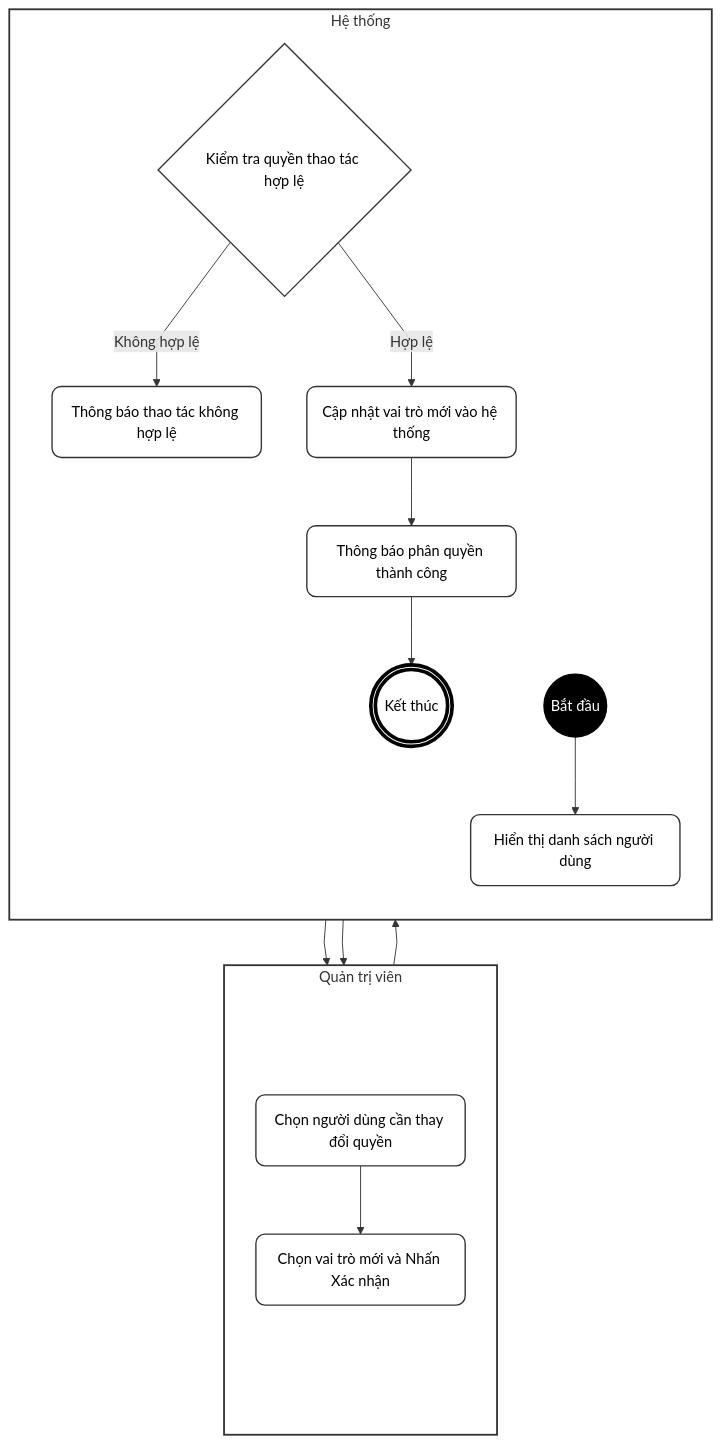
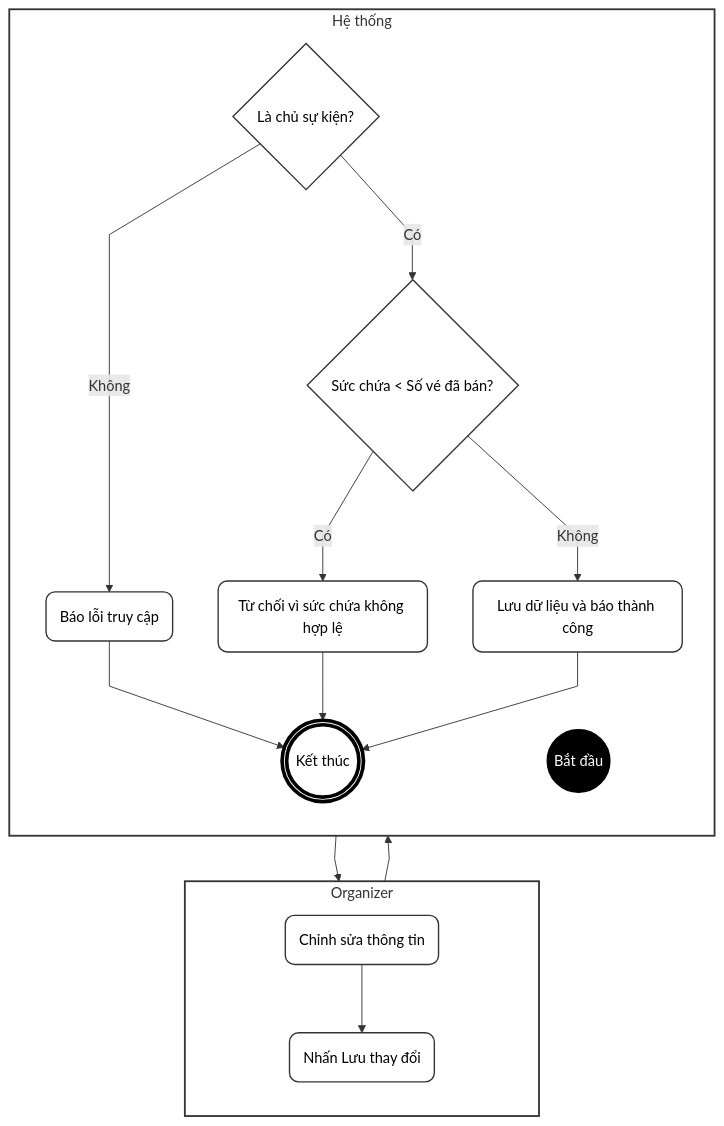
Before and after one commit to ChuDucAnh21/BE-quan-ly-su-kien: the second of 6 diagrams in doc/system_analysis/activity diagram/08b_activity_admin_event_staff.md, drawn with Mermaid. The commit also changed other lines of this file and 14 other files, not shown here.

````diff
--- a/doc/system_analysis/activity diagram/08b_activity_admin_event_staff.md
+++ b/doc/system_analysis/activity diagram/08b_activity_admin_event_staff.md
@@ -188,52 +54,45 @@
 ```mermaid
 %%{init: {"flowchart": {"curve": "linear"}}}%%
 flowchart TD
     classDef default fill:#fff,stroke:#333,stroke-width:1.5px,color:#000,rx:10px,ry:10px;
     classDef startNode fill:#000,stroke:#000,color:#fff;
     classDef endNode fill:#fff,stroke:#000,stroke-width:4px,color:#000;
     classDef hidden fill:none,stroke:none,color:none;
 
-    subgraph TacNhan [Quản trị viên]
+    subgraph Organizer [Organizer]
         direction TB
         T_start(" "):::hidden
-        A(Chọn người dùng cần thay đổi quyền)
-        B(Chọn vai trò mới và Nhấn Xác nhận)
+        A(Chỉnh sửa thông tin)
+        B(Nhấn Lưu thay đổi)
         T_end(" "):::hidden
     end
 
-    subgraph HeThong [Hệ thống]
+    subgraph System [Hệ thống]
         direction TB
         H_start(" "):::hidden
         Start((Bắt đầu)):::startNode
-        C(Hiển thị danh sách người dùng)
-        D{Kiểm tra quyền thao tác hợp lệ}
-        E(Thông báo thao tác không hợp lệ)
-        F(Cập nhật vai trò mới vào hệ thống)
-        G(Thông báo phân quyền thành công)
+        C{Là chủ sự kiện?}
+        D(Báo lỗi truy cập)
+        E{Sức chứa < Số vé đã bán?}
+        F(Lưu dữ liệu và báo thành công)
+        G(Từ chối vì sức chứa không hợp lệ)
         End(((Kết thúc))):::endNode
         H_end(" "):::hidden
     end
 
     T_start ~~~ H_start
     T_end ~~~ H_end
-
-    T_start ~~~ A
-    B ~~~ T_end
-
-    H_start ~~~ Start
-    End ~~~ H_end
-
-    Start --> C
-    C --> A
+    Start --> A
     A --> B
-    B --> D
-    D -- Không hợp lệ --> E
-    E --> A
-
-    D -- Hợp lệ --> F
-    F --> G
+    B --> C
+    C -- Không --> D
+    C -- Có --> E
+    E -- Có --> G
+    E -- Không --> F
+    F --> End
+    D --> End
     G --> End
 
-    style TacNhan fill:#fff,stroke:#333,stroke-width:2px
-    style HeThong fill:#fff,stroke:#333,stroke-width:2px
+    style Organizer fill:#fff,stroke:#333,stroke-width:2px
+    style System fill:#fff,stroke:#333,stroke-width:2px
 ```
````
